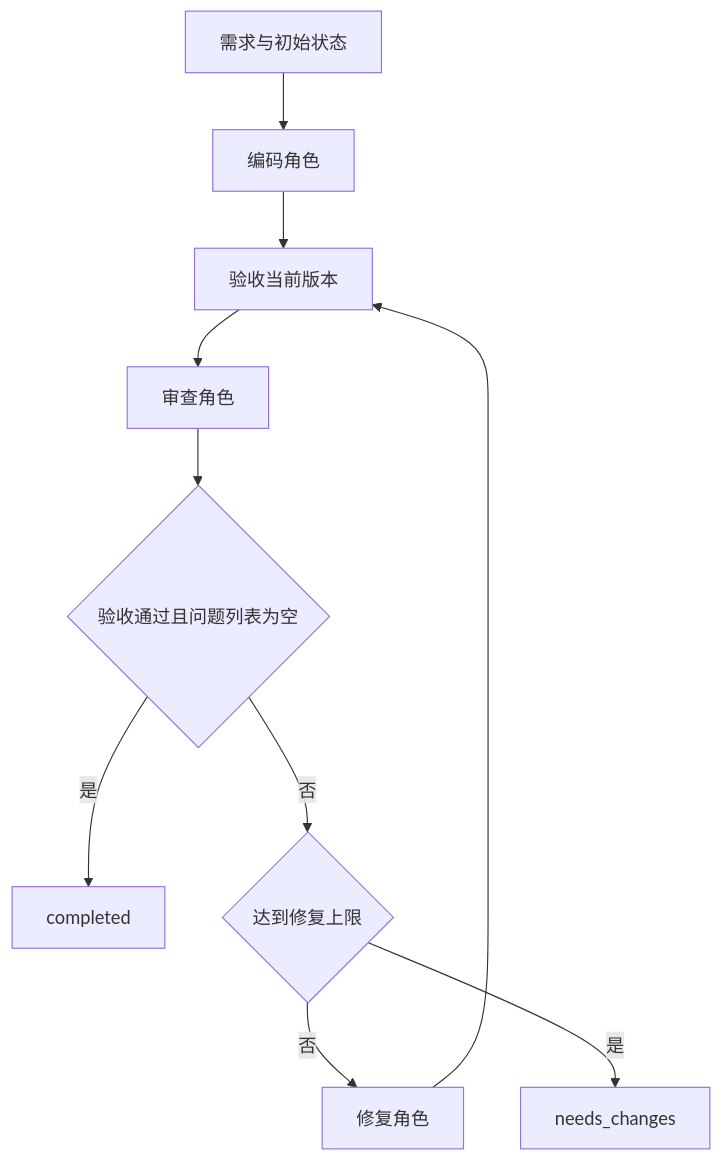
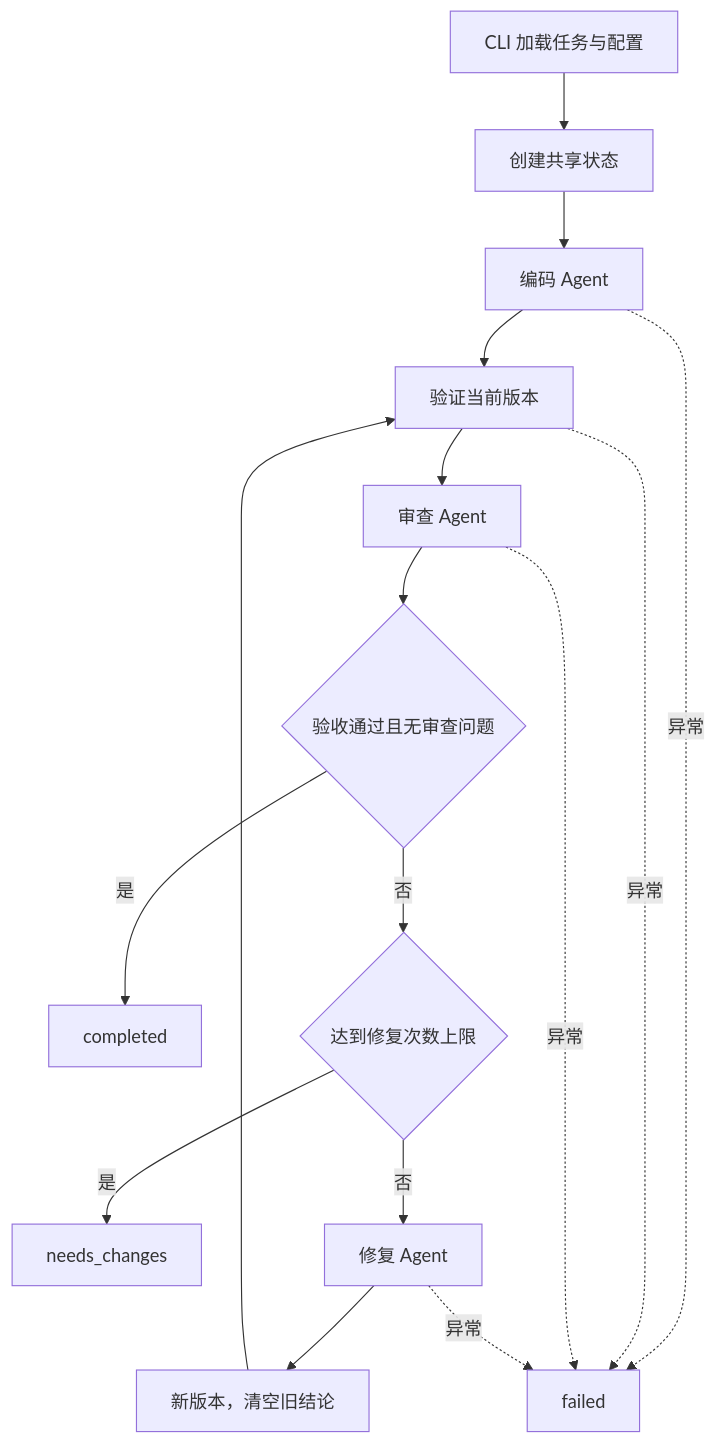
The diagram in Design.md (Anjin001/workflow), drawn with Mermaid before and after one commit. The commit also changed other lines of this file and 33 other files, not shown here.

````diff
--- a/Design.md
+++ b/Design.md
@@ -9,12 +11,18 @@
 ```mermaid
 flowchart TD
-    A[需求与初始状态] --> B[编码角色]
-    B --> C[验收当前版本]
-    C --> D[审查角色]
-    D --> E{验收通过且问题列表为空}
-    E -- 是 --> F[completed]
-    E -- 否 --> G{达到修复上限}
-    G -- 否 --> H[修复角色]
-    H --> C
-    G -- 是 --> I[needs_changes]
+    A[CLI 加载任务与配置] --> B[创建共享状态]
+    B --> C[编码 Agent]
+    C --> D[验证当前版本]
+    D --> E[审查 Agent]
+    E --> F{验收通过且无审查问题}
+    F -- 是 --> G[completed]
+    F -- 否 --> H{达到修复次数上限}
+    H -- 是 --> I[needs_changes]
+    H -- 否 --> J[修复 Agent]
+    J --> K[新版本，清空旧结论]
+    K --> D
+    C -. 异常 .-> L[failed]
+    D -. 异常 .-> L
+    E -. 异常 .-> L
+    J -. 异常 .-> L
 ```
````
